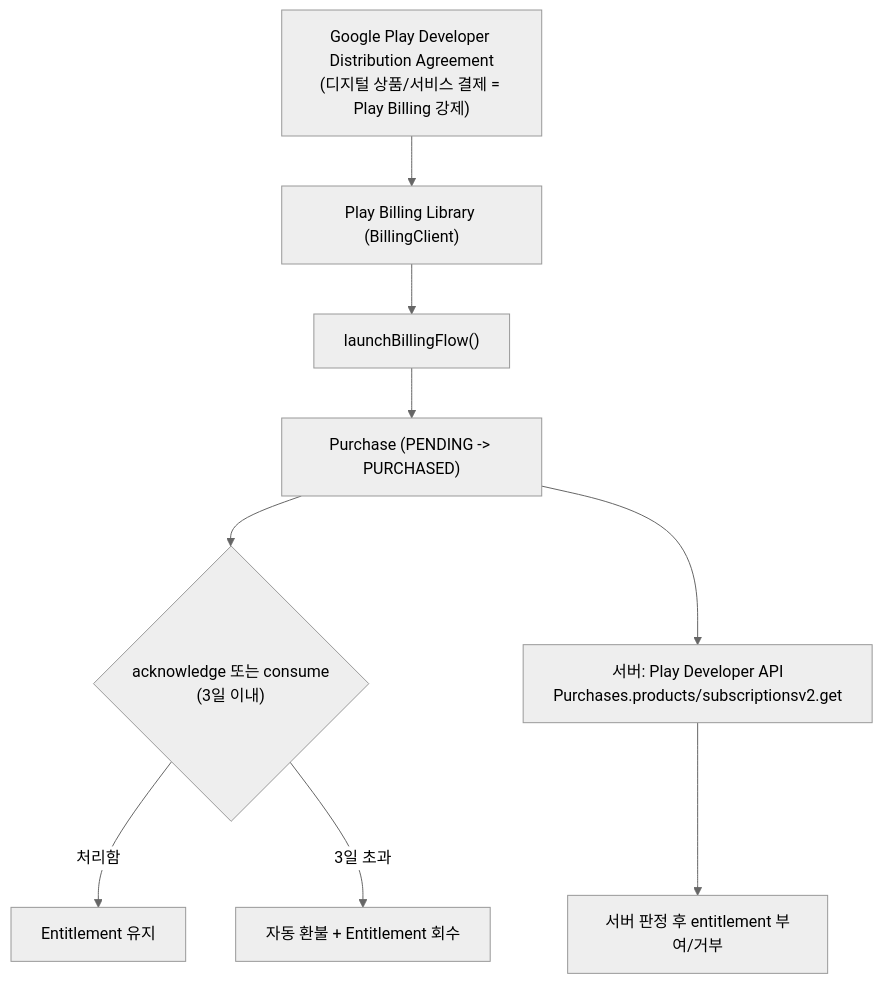
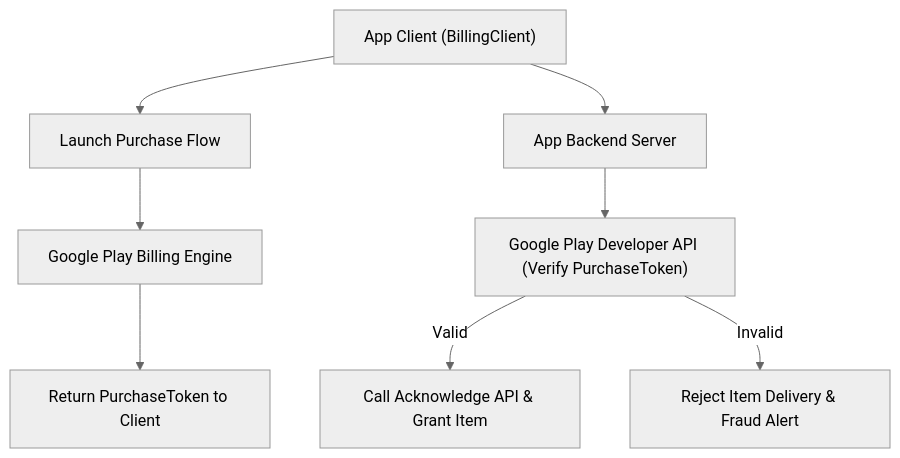
Before and after one commit to youngmin-gwon/what-i-studied: the diagram in 01_inbox/mobile/android/03_packaging_deployment/distribution/billing-contracts/billing-contracts.md, drawn with Mermaid (neutral theme). The commit also changed other lines of this file and 19 other files, not shown here.

````diff
--- a/01_inbox/mobile/android/03_packaging_deployment/distribution/billing-contracts/billing-contracts.md
+++ b/01_inbox/mobile/android/03_packaging_deployment/distribution/billing-contracts/billing-contracts.md
@@ -13,11 +26,10 @@
 ```mermaid
 flowchart TD
-    Policy["Google Play Developer Distribution Agreement\n(디지털 상품/서비스 결제 = Play Billing 강제)"] --> Library["Play Billing Library (BillingClient)"]
-    Library --> Launch["launchBillingFlow()"]
-    Launch --> Purchase["Purchase (PENDING -> PURCHASED)"]
-    Purchase --> Ack{"acknowledge 또는 consume\n(3일 이내)"}
-    Ack -->|처리함| Entitlement["Entitlement 유지"]
-    Ack -->|3일 초과| AutoRefund["자동 환불 + Entitlement 회수"]
-    Purchase --> ServerVerify["서버: Play Developer API\nPurchases.products/subscriptionsv2.get"]
-    ServerVerify --> Grant["서버 판정 후 entitlement 부여/거부"]
+    Client["App Client (BillingClient)"] --> LaunchPay["Launch Purchase Flow"]
+    LaunchPay --> PlayServer["Google Play Billing Engine"]
+    PlayServer --> PurchaseSuccess["Return PurchaseToken to Client"]
+    Client --> Backend["App Backend Server"]
+    Backend --> PlayAPI["Google Play Developer API (Verify PurchaseToken)"]
+    PlayAPI -->|Valid| Ack["Call Acknowledge API & Grant Item"]
+    PlayAPI -->|Invalid| Fraud["Reject Item Delivery & Fraud Alert"]
 ```
````
